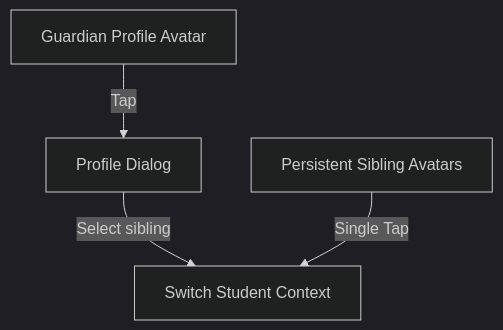
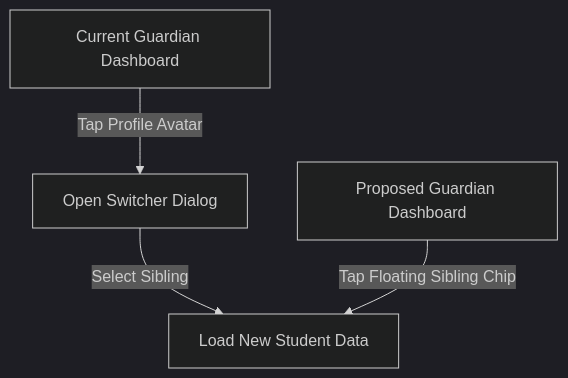
Before and after one commit to PandeyUpendra/school-attendance-app: the third of 3 diagrams in UX_REPORT.md, drawn with Mermaid (dark theme). The commit also changed other lines of this file and 5 other files, not shown here.

````diff
--- a/UX_REPORT.md
+++ b/UX_REPORT.md
@@ -60,7 +103,7 @@
-```mermaid
-graph TD
-    A[Guardian Profile Avatar] -->|Tap| B[Profile Dialog]
-    B -->|Select sibling| C[Switch Student Context]
-    
-    D[Persistent Sibling Avatars] -->|Single Tap| C
-```
+  ```mermaid
+  graph TD
+      A[Current Guardian Dashboard] -->|Tap Profile Avatar| B[Open Switcher Dialog]
+      B -->|Select Sibling| C[Load New Student Data]
+      
+      D[Proposed Guardian Dashboard] -->|Tap Floating Sibling Chip| C
+  ```
````
